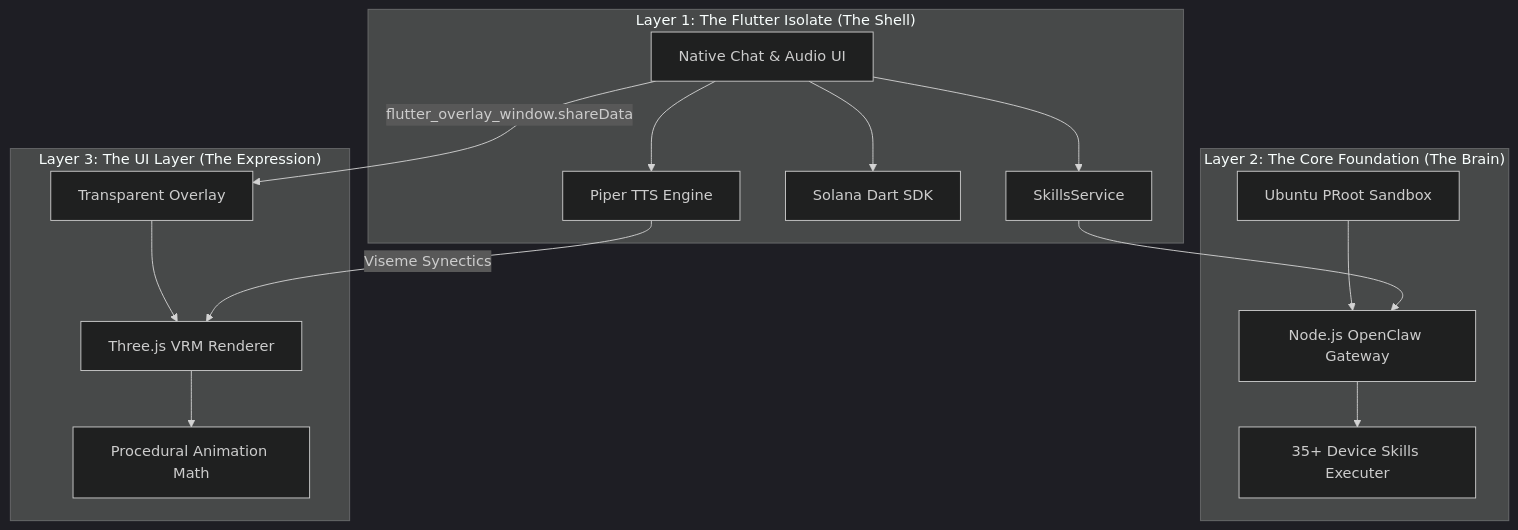
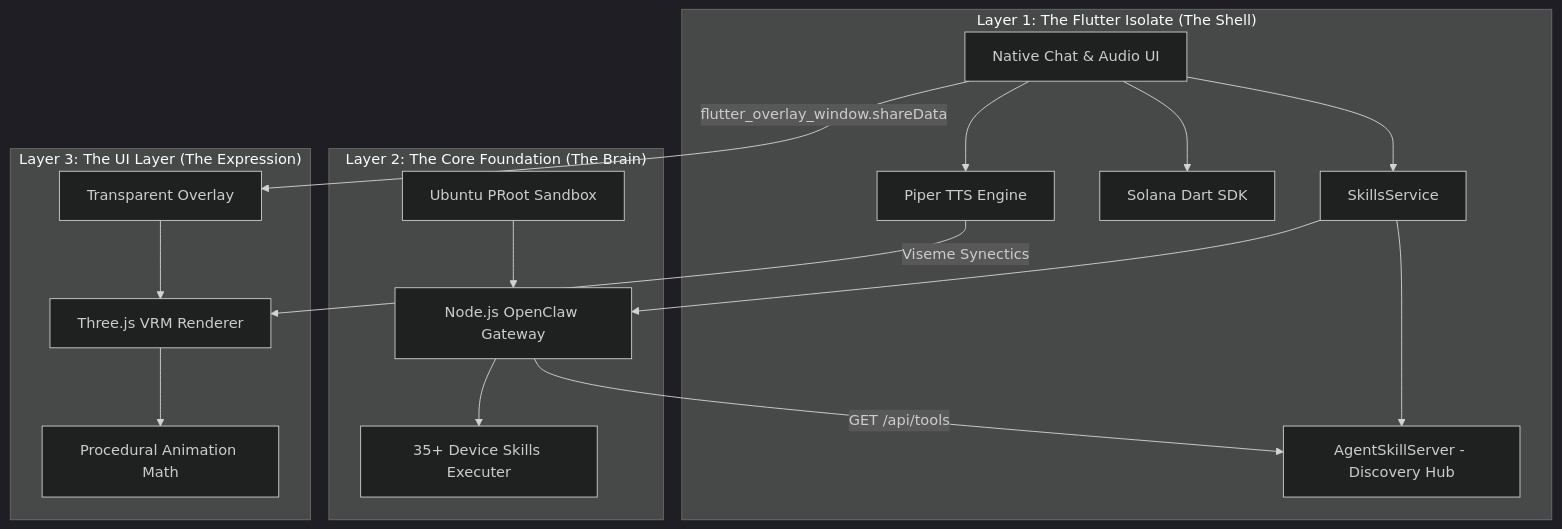
One commit to vmbbz/plawie changed the diagram in README.md. Above: the diagram before and after it, drawn with Mermaid (dark theme). The commit also changed other lines of this file and 25 other files, not shown here.

Commit message:
feat: complete premium skill installation flow and help center redesign

````diff
--- a/README.md
+++ b/README.md
@@ -76,22 +96,24 @@
 ```mermaid
 graph TD
     subgraph "Layer 1: The Flutter Isolate (The Shell)"
         A[Native Chat & Audio UI] --> B[SkillsService]
         A --> C[Solana Dart SDK]
         A --> D[Piper TTS Engine]
+        B --> K[AgentSkillServer - Discovery Hub]
     end
 
     subgraph "Layer 2: The Core Foundation (The Brain)"
         E[Ubuntu PRoot Sandbox] --> F[Node.js OpenClaw Gateway]
         B --> F
         F --> G[35+ Device Skills Executer]
+        F -- "GET /api/tools" --> K
     end
 
     subgraph "Layer 3: The UI Layer (The Expression)"
         H[Transparent Overlay] --> I[Three.js VRM Renderer]
         I --> J[Procedural Animation Math]
     end
 
     A -- "flutter_overlay_window.shareData" --> H
     D -- "Viseme Synectics" --> I
 ```
````
